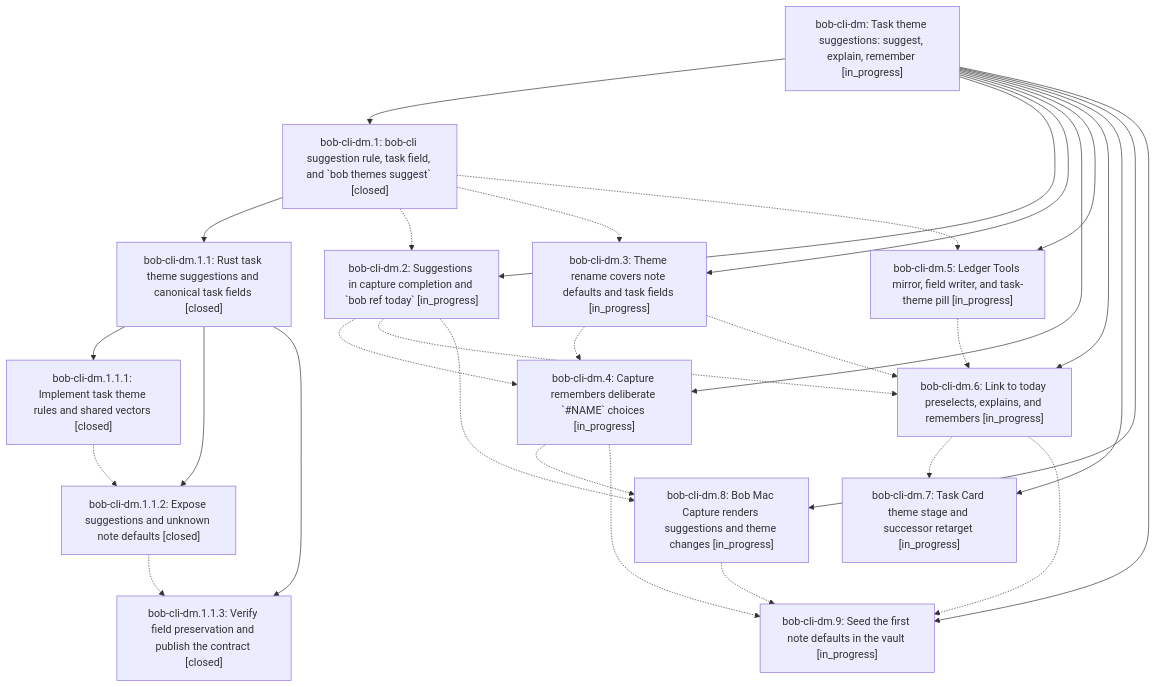
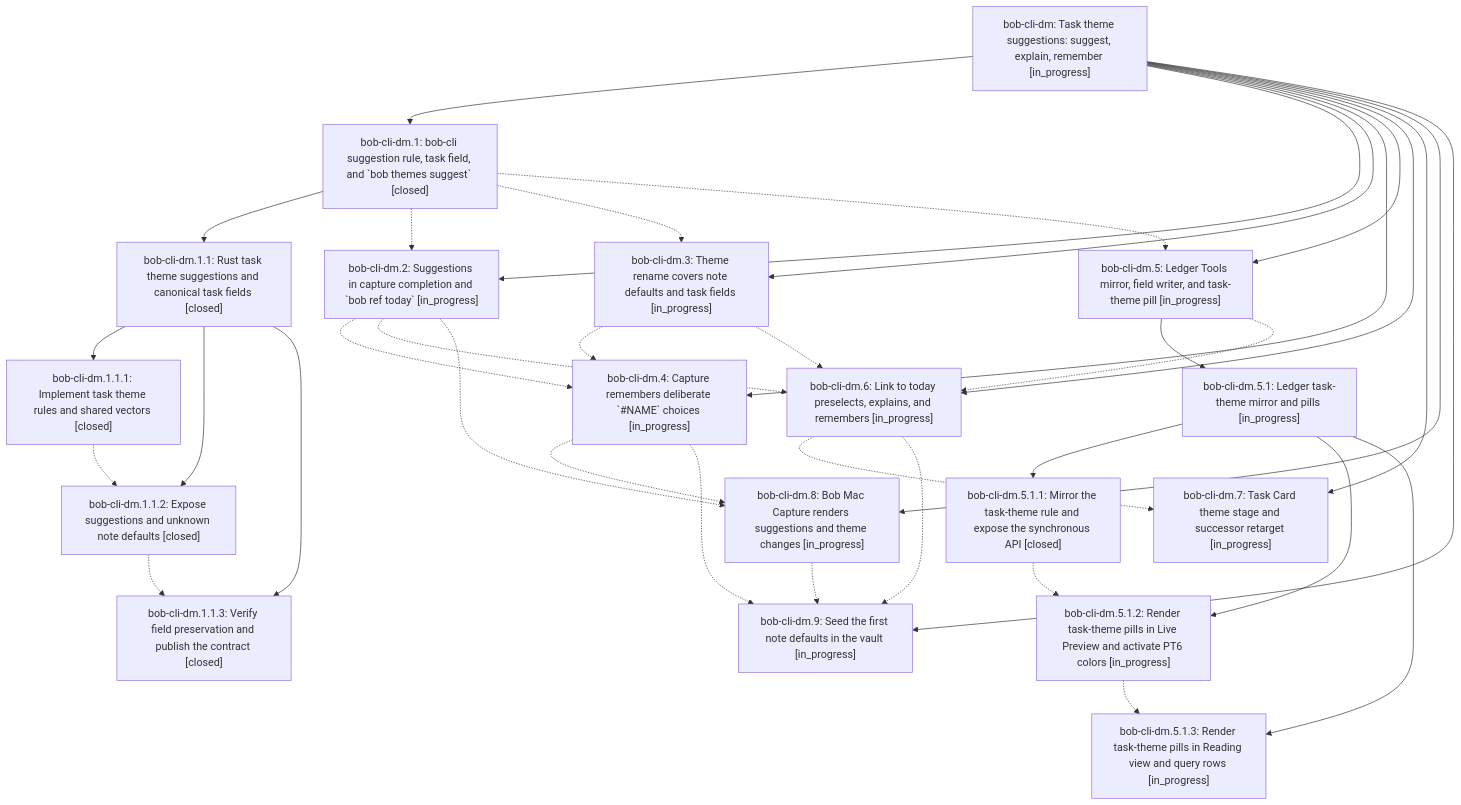
Before and after one commit to bobs-org/bob-cli--beads: the diagram in pages/bob-cli-dm/README.md, drawn with Mermaid. The commit also changed other lines of this file and 5 other files, not shown here.

First line of the commit message:
chore(beads): sync bead state and pages for bob-cli-dm

````diff
--- a/pages/bob-cli-dm/README.md
+++ b/pages/bob-cli-dm/README.md
@@ -44,46 +44,56 @@
 ```mermaid
 flowchart TD
     n0["bob-cli-dm: Task theme suggestions: suggest, explain, remember [in_progress]"]
     n1["bob-cli-dm.1: bob-cli suggestion rule, task field, and `bob themes suggest` [closed]"]
     n2["bob-cli-dm.1.1: Rust task theme suggestions and canonical task fields [closed]"]
     n3["bob-cli-dm.1.1.1: Implement task theme rules and shared vectors [closed]"]
     n4["bob-cli-dm.1.1.2: Expose suggestions and unknown note defaults [closed]"]
     n5["bob-cli-dm.1.1.3: Verify field preservation and publish the contract [closed]"]
     n6["bob-cli-dm.2: Suggestions in capture completion and `bob ref today` [in_progress]"]
     n7["bob-cli-dm.3: Theme rename covers note defaults and task fields [in_progress]"]
     n8["bob-cli-dm.4: Capture remembers deliberate `#NAME` choices [in_progress]"]
     n9["bob-cli-dm.5: Ledger Tools mirror, field writer, and task-theme pill [in_progress]"]
-    n10["bob-cli-dm.6: Link to today preselects, explains, and remembers [in_progress]"]
-    n11["bob-cli-dm.7: Task Card theme stage and successor retarget [in_progress]"]
-    n12["bob-cli-dm.8: Bob Mac Capture renders suggestions and theme changes [in_progress]"]
-    n13["bob-cli-dm.9: Seed the first note defaults in the vault [in_progress]"]
+    n10["bob-cli-dm.5.1: Ledger task-theme mirror and pills [in_progress]"]
+    n11["bob-cli-dm.5.1.1: Mirror the task-theme rule and expose the synchronous API [closed]"]
+    n12["bob-cli-dm.5.1.2: Render task-theme pills in Live Preview and activate PT6 colors [in_progress]"]
+    n13["bob-cli-dm.5.1.3: Render task-theme pills in Reading view and query rows [in_progress]"]
+    n14["bob-cli-dm.6: Link to today preselects, explains, and remembers [in_progress]"]
+    n15["bob-cli-dm.7: Task Card theme stage and successor retarget [in_progress]"]
+    n16["bob-cli-dm.8: Bob Mac Capture renders suggestions and theme changes [in_progress]"]
+    n17["bob-cli-dm.9: Seed the first note defaults in the vault [in_progress]"]
     n0 --> n1
     n1 --> n2
     n2 --> n3
     n2 --> n4
     n2 --> n5
     n0 --> n6
     n0 --> n7
     n0 --> n8
     n0 --> n9
-    n0 --> n10
-    n0 --> n11
-    n0 --> n12
-    n0 --> n13
+    n9 --> n10
+    n10 --> n11
+    n10 --> n12
+    n10 --> n13
+    n0 --> n14
+    n0 --> n15
+    n0 --> n16
+    n0 --> n17
     n1 -.-> n6
     n1 -.-> n7
     n1 -.-> n9
     n3 -.-> n4
     n4 -.-> n5
     n6 -.-> n8
-    n6 -.-> n10
-    n6 -.-> n12
+    n6 -.-> n14
+    n6 -.-> n16
     n7 -.-> n8
-    n7 -.-> n10
-    n8 -.-> n12
-    n8 -.-> n13
-    n9 -.-> n10
-    n10 -.-> n11
-    n10 -.-> n13
+    n7 -.-> n14
+    n8 -.-> n16
+    n8 -.-> n17
+    n9 -.-> n14
+    n11 -.-> n12
     n12 -.-> n13
+    n14 -.-> n15
+    n14 -.-> n17
+    n16 -.-> n17
 ```
````
